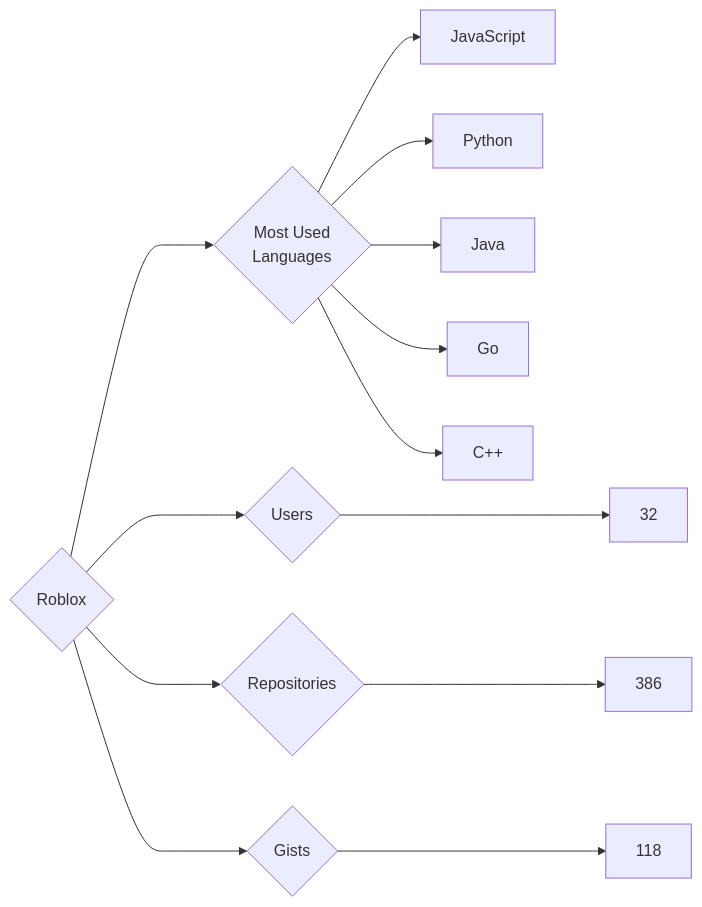
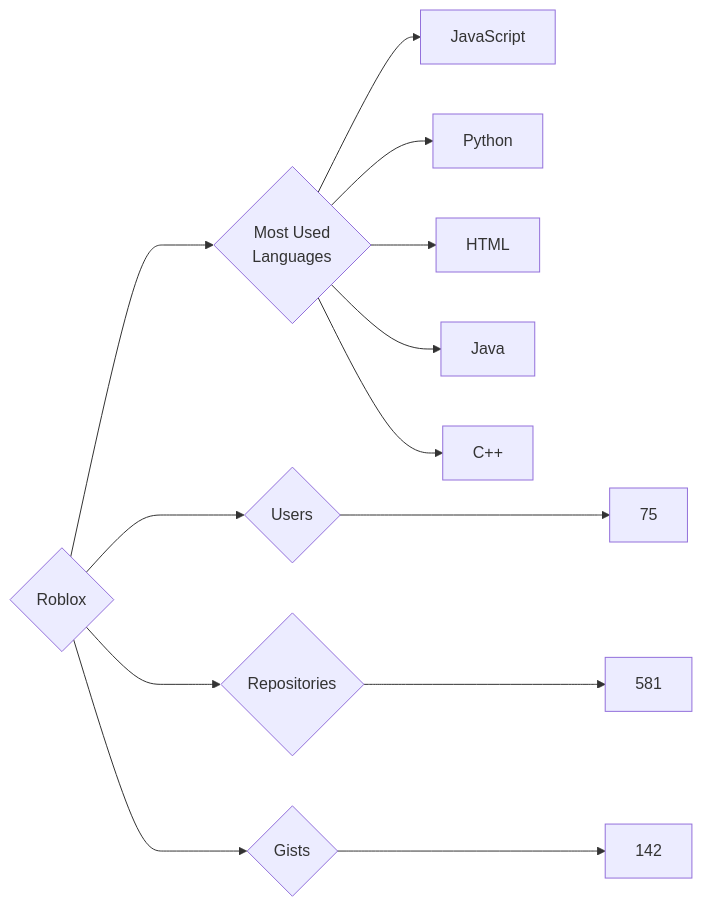
The diagram in targets/Roblox/README.md (trickest/insiders), drawn with Mermaid before and after one commit. The commit also changed 903 other files, not shown here.

````diff
--- a/targets/Roblox/README.md
+++ b/targets/Roblox/README.md
@@ -3,13 +3,13 @@
 ```mermaid
 graph LR
 COMPANY_NAME{Roblox}
-COMPANY_NAME ---> U{Users} ---> UN[32]
-COMPANY_NAME ---> R{Repositories} ---> RN[386]
-COMPANY_NAME ---> G{Gists} ---> GN[118]
+COMPANY_NAME ---> U{Users} ---> UN[75]
+COMPANY_NAME ---> R{Repositories} ---> RN[581]
+COMPANY_NAME ---> G{Gists} ---> GN[142]
 COMPANY_NAME ---> ML{Most Used<br>Languages}
 ML --> JavaScript[JavaScript]
 ML --> Python[Python]
+ML --> HTML[HTML]
 ML --> Java[Java]
-ML --> Go[Go]
 ML --> C++[C++]
 ```
````
